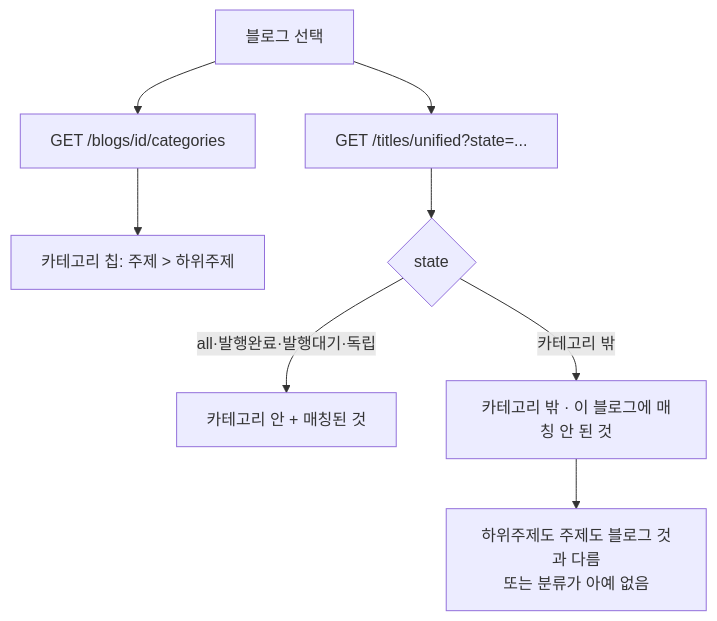
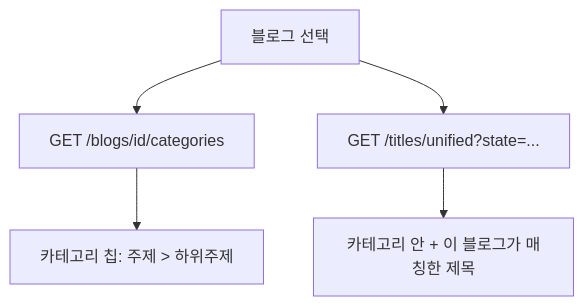
Before and after one commit to jteen-lab/blogauto_v2: the diagram in services/republish/docs/flowcharts/blog_category_scope.md, drawn with Mermaid. The commit also changed other lines of this file and 1 other file, not shown here.

````diff
--- a/services/republish/docs/flowcharts/blog_category_scope.md
+++ b/services/republish/docs/flowcharts/blog_category_scope.md
@@ -15,10 +11,7 @@
 ```mermaid
 flowchart TD
     A[블로그 선택] --> B[GET /blogs/id/categories]
     B --> C[카테고리 칩: 주제 > 하위주제]
     A --> D[GET /titles/unified?state=...]
-    D --> E{state}
-    E -- all·발행완료·발행대기·독립 --> F[카테고리 안 + 매칭된 것]
-    E -- 카테고리 밖 --> G[카테고리 밖 · 이 블로그에 매칭 안 된 것]
-    G --> H[하위주제도 주제도 블로그 것과 다름<br/>또는 분류가 아예 없음]
+    D --> E[카테고리 안 + 이 블로그가 매칭한 제목]
 ```
````
